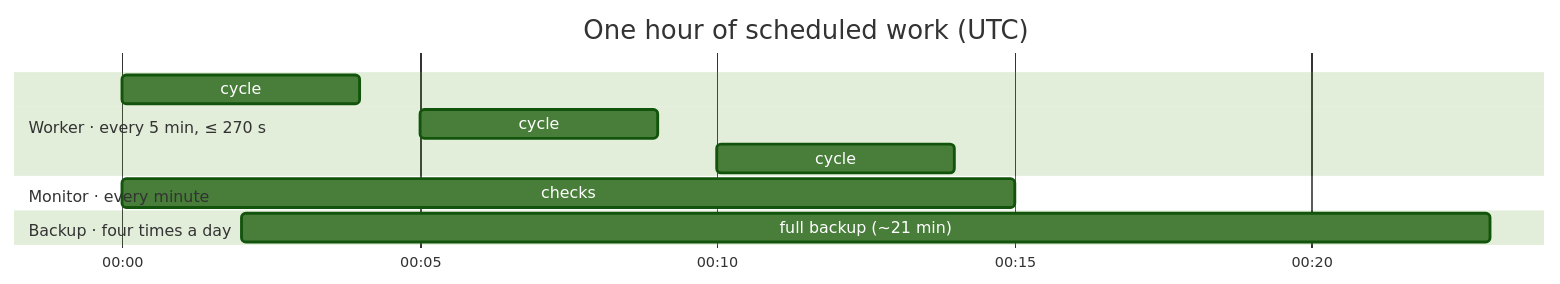
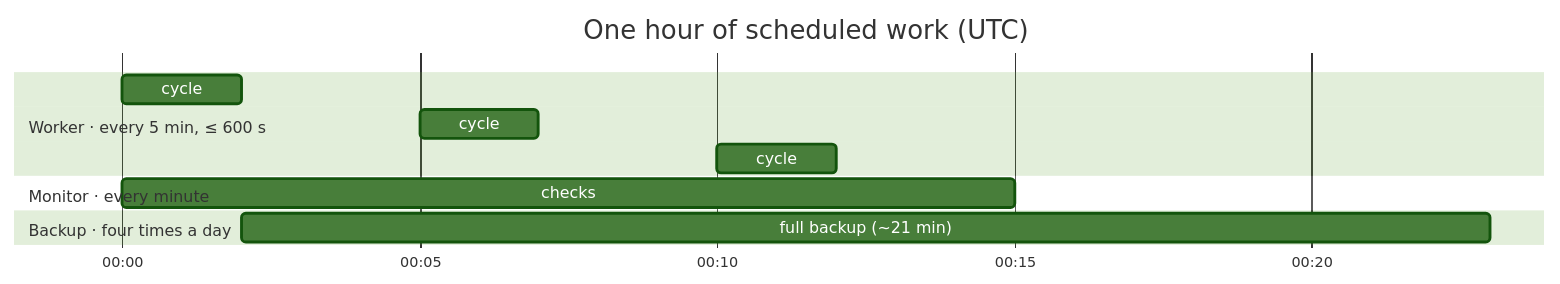
One commit to Naman4561/us-election-results-pipeline changed the first of 5 diagrams in docs/architecture/operations.md. Above: the diagram before and after it, drawn with Mermaid (forest theme). The commit also changed other lines of this file and 9 other files, not shown here.

First line of the commit message:
feat: pause a public source's collection, and give a worker cycle 600 s

````diff
--- a/docs/architecture/operations.md
+++ b/docs/architecture/operations.md
@@ -5,14 +5,14 @@
 ```mermaid
 gantt
     title One hour of scheduled work (UTC)
     dateFormat HH:mm
     axisFormat %H:%M
-    section Worker · every 5 min, ≤ 270 s
-    cycle :00:00, 4m
-    cycle :00:05, 4m
-    cycle :00:10, 4m
+    section Worker · every 5 min, ≤ 600 s
+    cycle :00:00, 2m
+    cycle :00:05, 2m
+    cycle :00:10, 2m
     section Monitor · every minute
     checks :00:00, 15m
     section Backup · four times a day
     full backup (~21 min) :00:02, 21m
 ```
````
